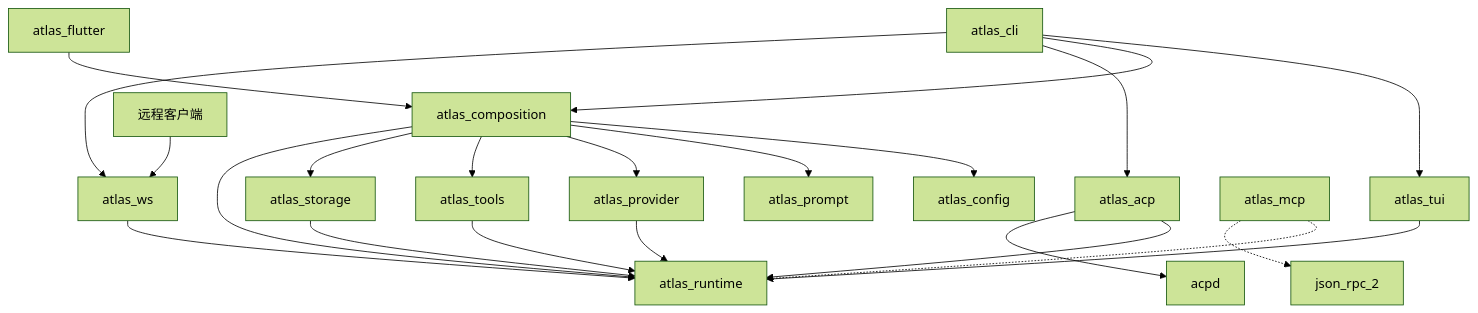
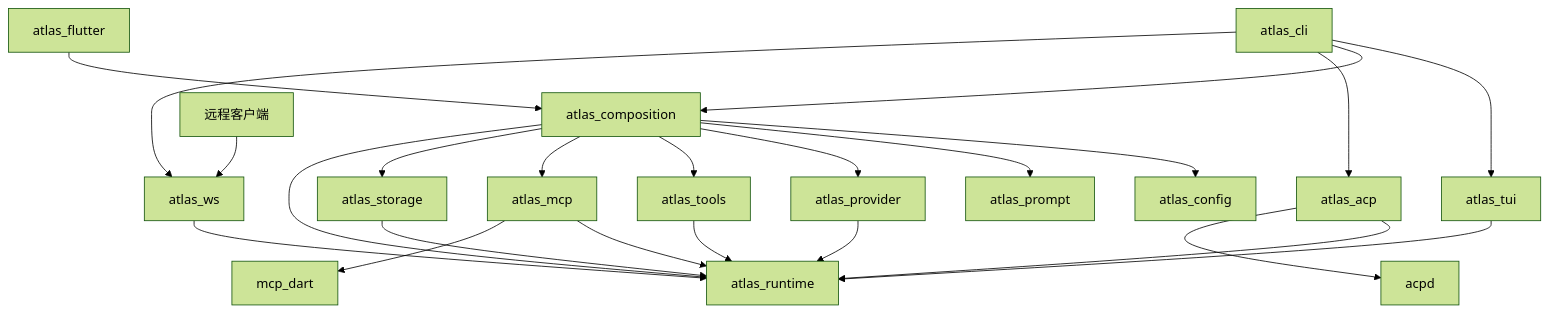
One commit to gvenusleo/Atlas changed the diagram in docs/zh-CN/architecture.md. Above: the diagram before and after it, drawn with Mermaid (forest theme). The commit also changed other lines of this file and 56 other files, not shown here.

````diff
--- a/docs/zh-CN/architecture.md
+++ b/docs/zh-CN/architecture.md
@@ -17,24 +17,25 @@
 ```mermaid
 graph TD
     CLI[atlas_cli] --> TUI[atlas_tui]
     CLI --> COMP[atlas_composition]
     CLI --> ACP[atlas_acp]
     CLI --> WS[atlas_ws]
     FL[atlas_flutter] --> COMP
     COMP --> CONFIG[atlas_config]
     COMP --> PROMPT[atlas_prompt]
     COMP --> PROVIDER[atlas_provider]
     COMP --> TOOLS[atlas_tools]
+    COMP --> MCP[atlas_mcp]
     COMP --> STORAGE[atlas_storage]
     COMP --> RT[atlas_runtime]
     TUI --> RT
     ACP --> RT
     REMOTE[远程客户端] --> WS
     WS --> RT
-    MCP[atlas_mcp] -.-> RT
+    MCP --> RT
     PROVIDER --> RT
     TOOLS --> RT
     STORAGE --> RT
     ACP --> ACPD[acpd]
-    MCP -.-> JRPC[json_rpc_2]
+    MCP --> MCPSDK[mcp_dart]
 ```
````
